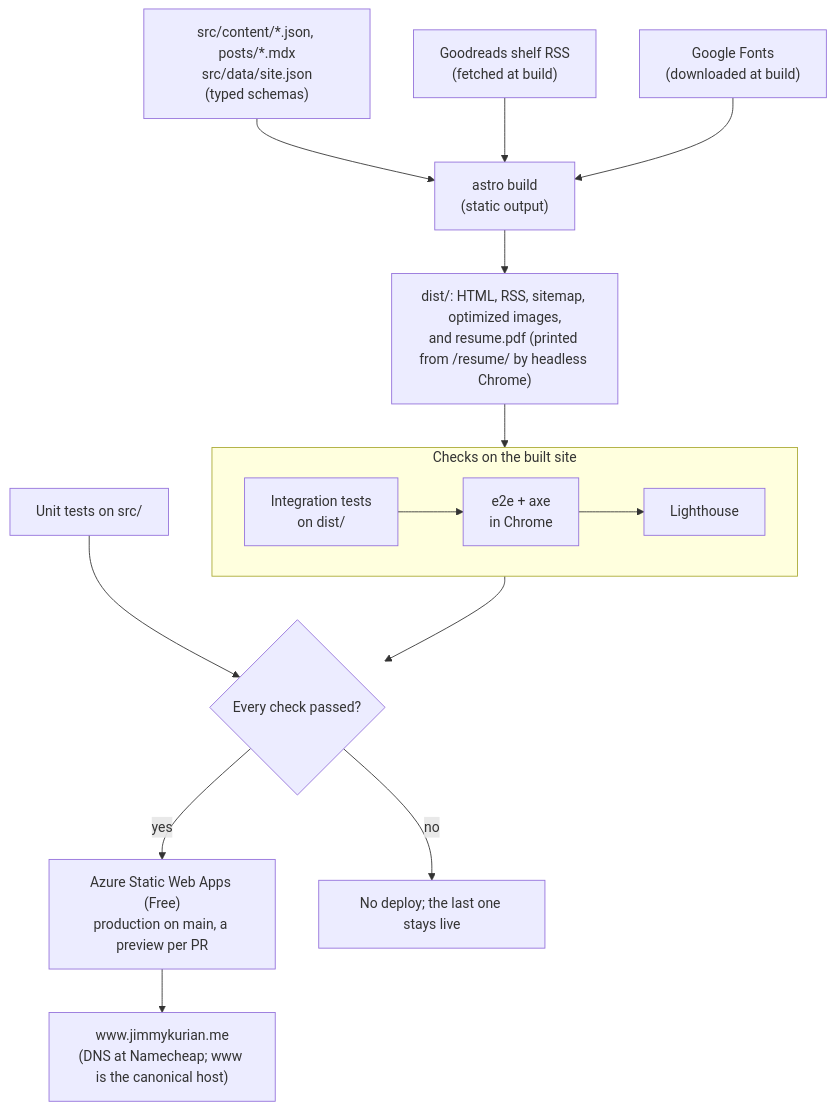
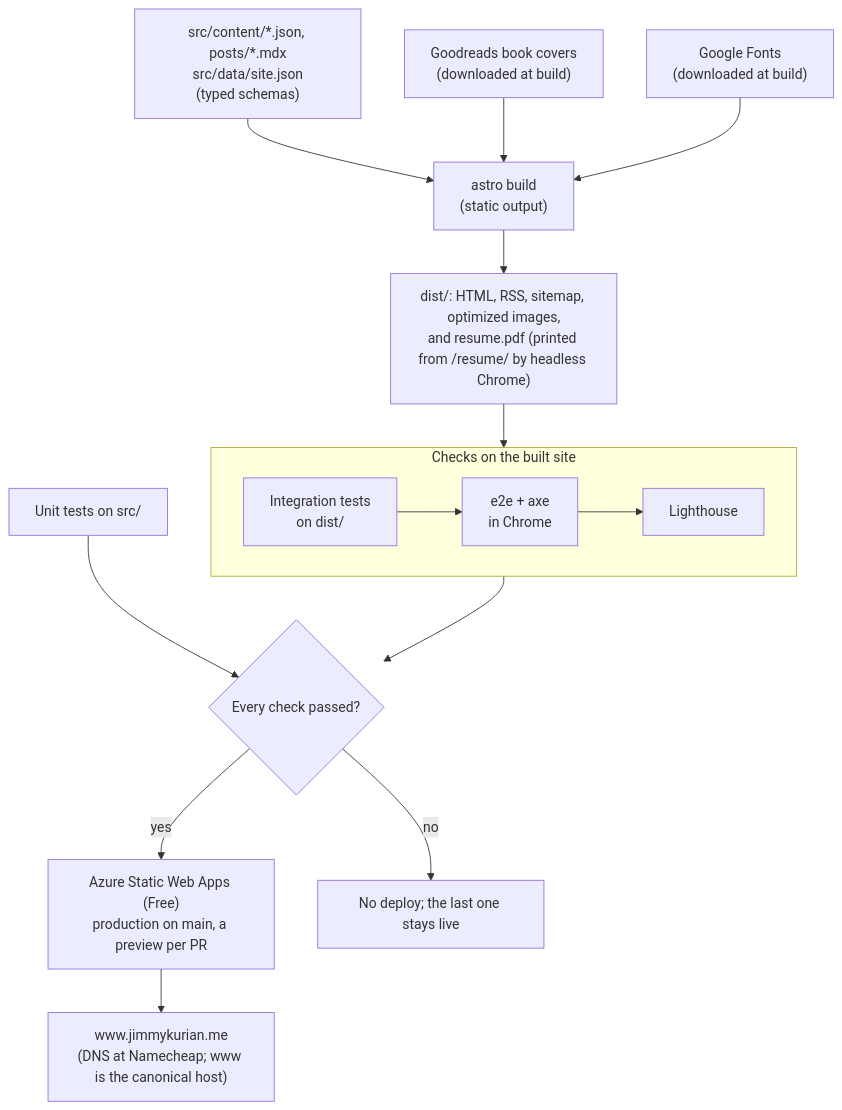
One commit to jimmykurian/personal-site changed the first of 5 diagrams in docs/architecture/flows.md. Above: the diagram before and after it, drawn with Mermaid. The commit also changed other lines of this file and 23 other files, not shown here.

First line of the commit message:
fix(reading): read the Goodreads shelf widgets, which replace the retired RSS feeds (#55)

````diff
--- a/docs/architecture/flows.md
+++ b/docs/architecture/flows.md
@@ -9,23 +9,23 @@
 ```mermaid
 flowchart TD
     content["src/content/*.json, posts/*.mdx<br/>src/data/site.json<br/>(typed schemas)"]
-    goodreads["Goodreads shelf RSS<br/>(fetched at build)"]
+    goodreads["Goodreads book covers<br/>(downloaded at build)"]
     fonts["Google Fonts<br/>(downloaded at build)"]
     unit["Unit tests on src/"]
     build["astro build<br/>(static output)"]
     dist["dist/: HTML, RSS, sitemap, optimized images,<br/>and resume.pdf (printed from /resume/ by headless Chrome)"]
 
     subgraph checks["Checks on the built site"]
         direction LR
         integration["Integration tests<br/>on dist/"] --> e2e["e2e + axe<br/>in Chrome"] --> lighthouse["Lighthouse"]
     end
 
     swa["Azure Static Web Apps (Free)<br/>production on main, a preview per PR"]
     www["www.jimmykurian.me<br/>(DNS at Namecheap; www is the canonical host)"]
 
     content & goodreads & fonts --> build --> dist --> checks
     unit --> deploy{"Every check passed?"}
     checks --> deploy
     deploy -- yes --> swa --> www
     deploy -- no --> stop["No deploy; the last one stays live"]
 ```
````
